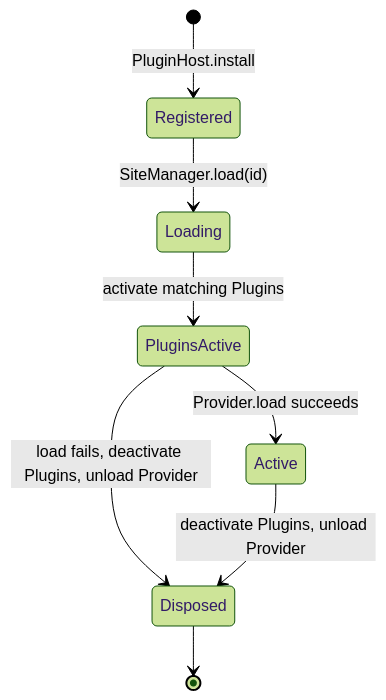
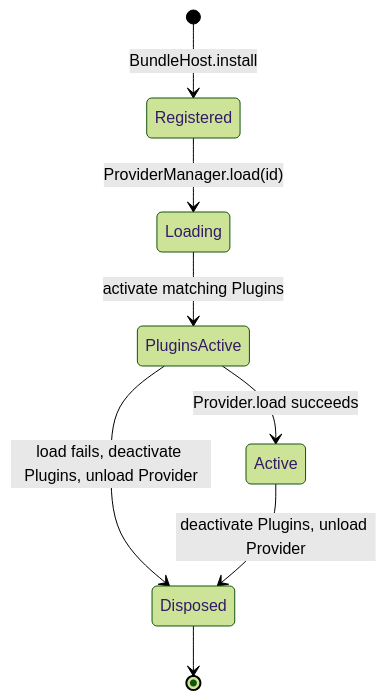
One commit to fabyday/kawaikara changed the second of 4 diagrams in docs/Developer/Architecture/3.Runtime.md. Above: the diagram before and after it, drawn with Mermaid (forest theme). The commit also changed other lines of this file and 294 other files, not shown here.

````diff
--- a/docs/Developer/Architecture/3.Runtime.md
+++ b/docs/Developer/Architecture/3.Runtime.md
@@ -160,10 +160,10 @@
 ```mermaid
 stateDiagram-v2
-  [*] --> Registered: PluginHost.install
-  Registered --> Loading: SiteManager.load(id)
+  [*] --> Registered: BundleHost.install
+  Registered --> Loading: ProviderManager.load(id)
   Loading --> PluginsActive: activate matching Plugins
   PluginsActive --> Active: Provider.load succeeds
   PluginsActive --> Disposed: load fails, deactivate Plugins, unload Provider
   Active --> Disposed: deactivate Plugins, unload Provider
   Disposed --> [*]
 ```
````
